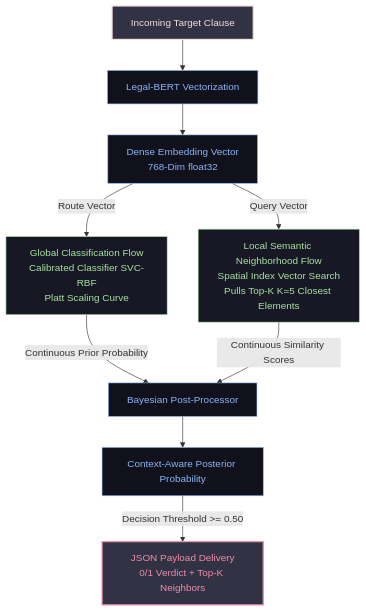
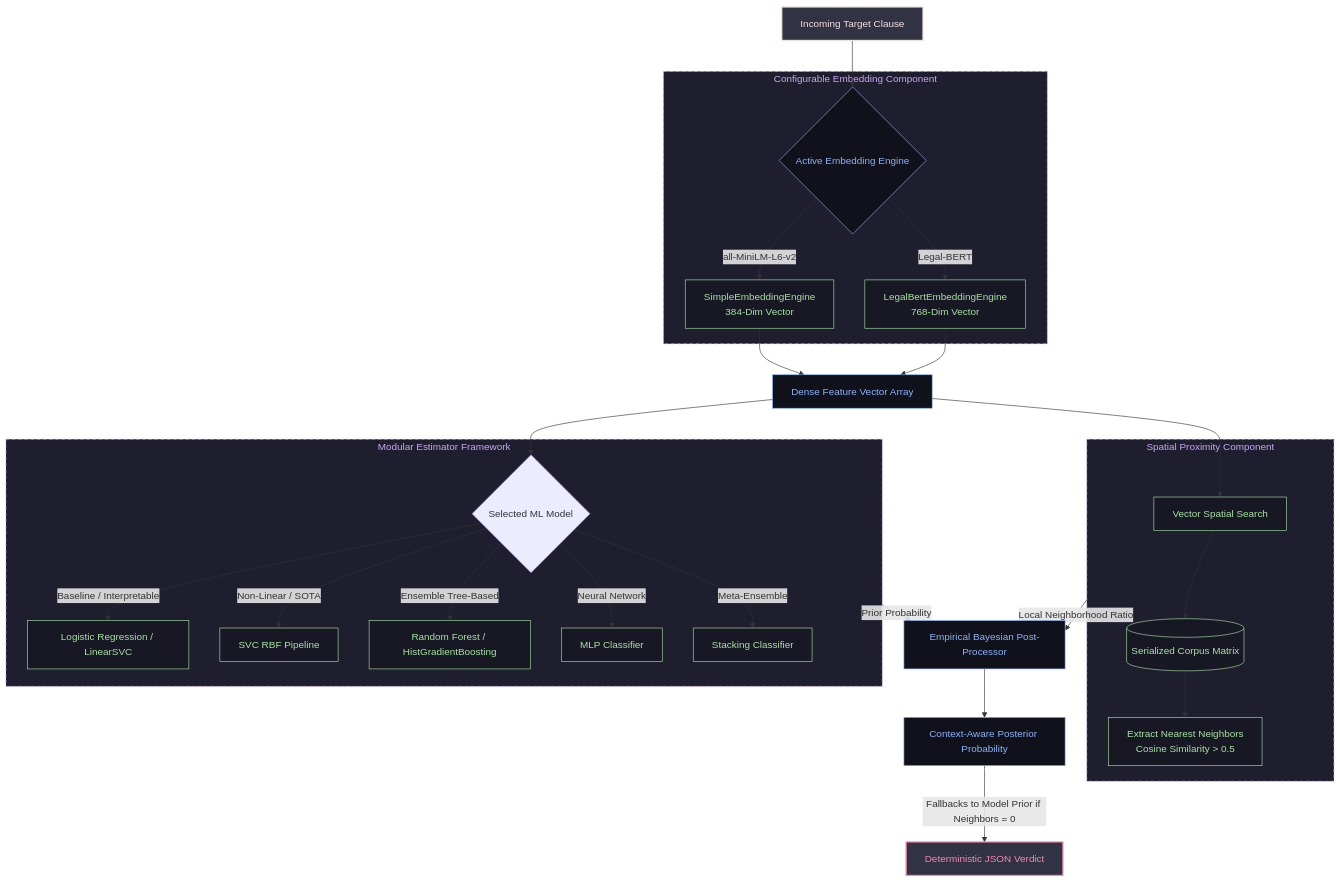
One commit to miguelvnogueira/enhesa-tos-service changed the diagram in README.md. Above: the diagram before and after it, drawn with Mermaid. The commit also changed other lines of this file and 4 other files, not shown here.

````diff
--- a/README.md
+++ b/README.md
@@ -24,30 +24,55 @@
 ```mermaid
 graph TD
-    %% Define Styles and Colors
+    %% Define Styles and Colors (Catppuccin Mocha-inspired)
     classDef input fill:#313244,stroke:#f5e0dc,stroke-width:2px,color:#f5e0dc;
+    classDef components fill:#1e1e2e,stroke:#cba6f7,stroke-width:1px,stroke-dasharray: 5 5,color:#cba6f7;
     classDef processing fill:#11111b,stroke:#89b4fa,stroke-width:1px,color:#89b4fa;
     classDef flow fill:#181825,stroke:#a6e3a1,stroke-width:1px,color:#a6e3a1;
     classDef output fill:#313244,stroke:#f38ba8,stroke-width:2px,color:#f38ba8;
 
-    %% Workflow Nodes
-    A[Incoming Target Clause] --> B[Legal-BERT Vectorization]
-    B --> C[Dense Embedding Vector<br>768-Dim float32]
-    
-    %% Dual Flows
-    C -->|Route Vector| D[Global Classification Flow<br>Calibrated Classifier SVC-RBF<br>Platt Scaling Curve]
-    C -->|Query Vector| E[Local Semantic Neighborhood Flow<br>Spatial Index Vector Search<br>Pulls Top-K K=5 Closest Elements]
-    
-    %% Merge at Bayesian Layer
-    D -->|Continuous Prior Probability| F[Bayesian Post-Processor]
-    E -->|Continuous Similarity Scores| F
-    
-    %% Final Outputs
-    F --> G[Context-Aware Posterior Probability]
-    G -->|Decision Threshold >= 0.50| H[JSON Payload Delivery<br>0/1 Verdict + Top-K Neighbors]
+    %% Input Node
+    A[Incoming Target Clause] --> B
 
-    %% Apply Styles explicitly at the bottom to avoid older parser errors
+    %% --- VECTORIZATION LAYER (Abstracted) ---
+    subgraph Vectorization_Layer [Configurable Embedding Component]
+        B{Active Embedding Engine}
+        B -->|all-MiniLM-L6-v2| C1[SimpleEmbeddingEngine<br>384-Dim Vector]
+        B -->|Legal-BERT| C2[LegalBertEmbeddingEngine<br>768-Dim Vector]
+    end
+
+    C1 --> D
+    C2 --> D
+    D[Dense Feature Vector Array] --> E
+    D --> F
+
+    %% --- CLASSIFICATION LAYER (Abstracted) ---
+    subgraph Classification_Layer [Modular Estimator Framework]
+        E{Selected ML Model}
+        E -->|Baseline / Interpretable| E1[Logistic Regression / LinearSVC]
+        E -->|Non-Linear / SOTA| E2[SVC RBF Pipeline]
+        E -->|Ensemble Tree-Based| E3[Random Forest / HistGradientBoosting]
+        E -->|Neural Network| E4[MLP Classifier]
+        E -->|Meta-Ensemble| E5[Stacking Classifier]
+    end
+
+    %% --- SEMANTIC SEARCH NEIGHBORHOOD ---
+    subgraph Search_Layer [Spatial Proximity Component]
+        F[Vector Spatial Search] --> F1[(Serialized Corpus Matrix)]
+        F1 --> F2[Extract Nearest Neighbors<br>Cosine Similarity > 0.5]
+    end
+
+    %% --- INFERENCE MERGE & POST-PROCESSING ---
+    Classification_Layer -->|Prior Probability| G[Empirical Bayesian Post-Processor]
+    Search_Layer -->|Local Neighborhood Ratio| G
+
+    %% Final Output Flow
+    G --> H[Context-Aware Posterior Probability]
+    H -->|Fallbacks to Model Prior if Neighbors = 0| I[Deterministic JSON Verdict]
+
+    %% Apply Styles
     class A input;
-    class B,C,F,G processing;
-    class D,E flow;
-    class H output;
+    class Vectorization_Layer,Classification_Layer,Search_Layer components;
+    class B,D,G,H processing;
+    class C1,C2,E1,E2,E3,E4,E5,F,F1,F2 flow;
+    class I output;
 ```
````
